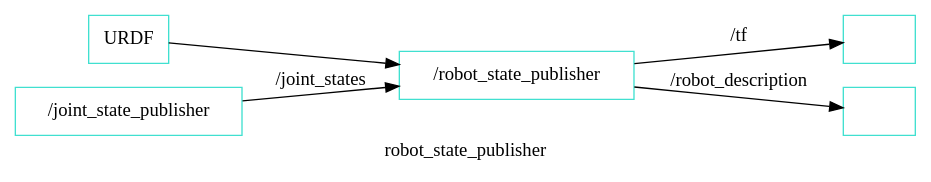
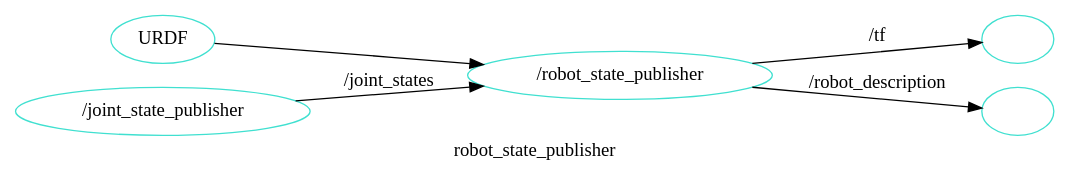
One commit to donghee/learn changed the diagram in ros2/draft.md. Above: the diagram before and after it, drawn with Graphviz.

````diff
--- a/ros2/draft.md
+++ b/ros2/draft.md
@@ -19,15 +19,15 @@
 ```graphviz
 digraph {
  rankdir=LR;
  graph [fontname="MS Gothic"];
- node [shape=rect, color="#40e0d0"];
+ node [color="#40e0d0"];
  edge [fontname="MS Gothic"];
  label = "robot_state_publisher";
  "URDF" -> "/robot_state_publisher";
  node1 [label= ""]
  node2 [label= ""]
  "/joint_state_publisher" -> "/robot_state_publisher" [label="/joint_states"]
  "/robot_state_publisher" -> node1 [label="/tf"]
  "/robot_state_publisher" -> node2 [label="/robot_description"]
 }
 ```
````
